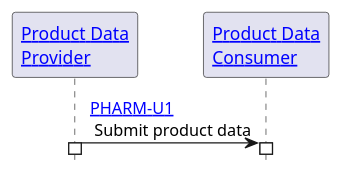
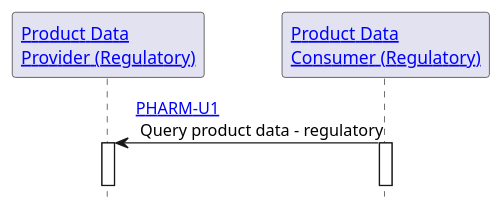
One commit to unicom-project-eu/unicom-ihe-transactions changed the diagram in input/images-source/u1.plantuml. Above: the diagram before and after it, drawn with PlantUML. The commit also changed 12 other files, not shown here.

```diff
--- a/input/images-source/u1.plantuml
+++ b/input/images-source/u1.plantuml
@@ -1,10 +1,10 @@
 @startuml
 hide footbox
-participant "[[actors_and_transactions.html#product-data-provider Product Data\nProvider]]" as a1
-participant "[[actors_and_transactions.html#product-data-consumer Product Data\nConsumer ]]" as a2
+participant "[[actors_and_transactions.html#product-data-provider Product Data\nProvider (Regulatory)]]" as a1
+participant "[[actors_and_transactions.html#product-data-consumer Product Data\nConsumer (Regulatory)]]" as a2
 
-a1 -> a2 : [[u1.html PHARM-U1]]\n Submit product data
+a2 -> a1 : [[u1.html PHARM-U1]]\n Query product data - regulatory
 activate a1
 activate a2
-
+|||
 @enduml
```
